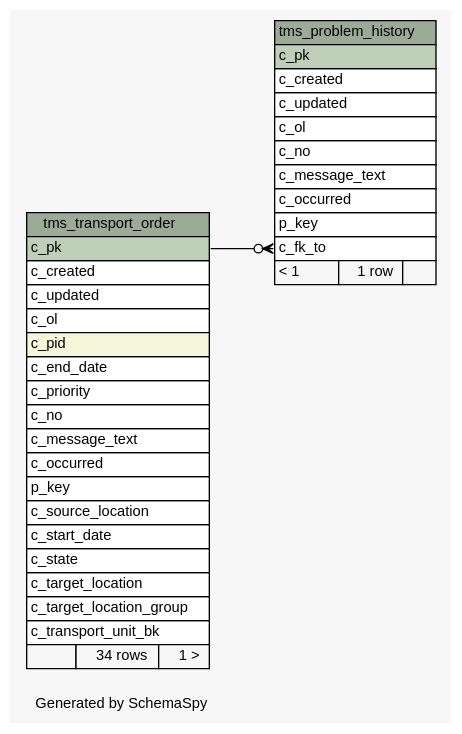
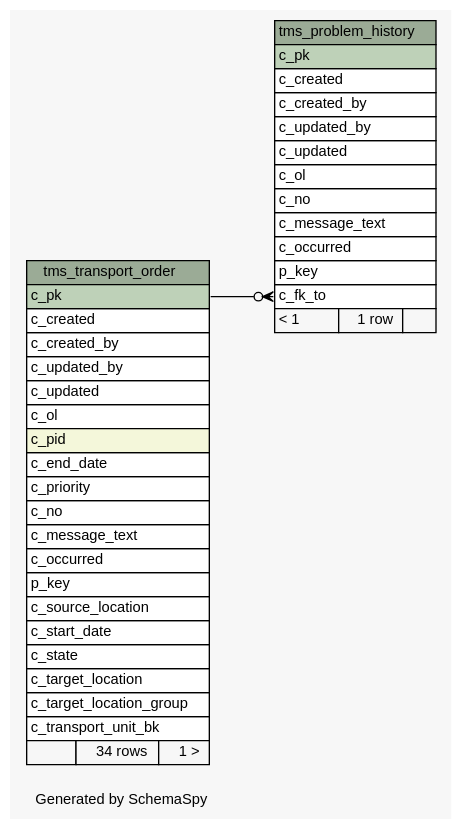
The diagram in 2.0.0-SNAPSHOT/schemaspy/diagrams/summary/relationships.real.large.dot (openwms/org.openwms.tms.transportation), drawn with Graphviz before and after one commit. The commit also changed 266 other files, not shown here.

```diff
--- a/2.0.0-SNAPSHOT/schemaspy/diagrams/summary/relationships.real.large.dot
+++ b/2.0.0-SNAPSHOT/schemaspy/diagrams/summary/relationships.real.large.dot
@@ -1,67 +1,71 @@
-// dot 2.43.0 on Linux 5.13.0-1022-azure
+// dot 2.43.0 on Linux 5.13.0-1023-azure
 // SchemaSpy rev Unknown
 digraph "largeRelationshipsDiagram" {
   graph [
     rankdir="RL"
     bgcolor="#f7f7f7"
     label="\nGenerated by SchemaSpy"
     labeljust="l"
     nodesep="0.18"
     ranksep="0.46"
     fontname="Helvetica"
     fontsize="11"
   ];
   node [
     fontname="Helvetica"
     fontsize="11"
     shape="plaintext"
   ];
   edge [
     arrowsize="0.8"
   ];
   "tms_problem_history" [
     label=<
     <TABLE BORDER="0" CELLBORDER="1" CELLSPACING="0" BGCOLOR="#ffffff">
       <TR><TD COLSPAN="3" BGCOLOR="#9bab96" ALIGN="CENTER">tms_problem_history</TD></TR>
       <TR><TD PORT="c_pk" COLSPAN="3" BGCOLOR="#bed1b8" ALIGN="LEFT">c_pk</TD></TR>
       <TR><TD PORT="c_created" COLSPAN="3" ALIGN="LEFT">c_created</TD></TR>
+      <TR><TD PORT="c_created_by" COLSPAN="3" ALIGN="LEFT">c_created_by</TD></TR>
+      <TR><TD PORT="c_updated_by" COLSPAN="3" ALIGN="LEFT">c_updated_by</TD></TR>
       <TR><TD PORT="c_updated" COLSPAN="3" ALIGN="LEFT">c_updated</TD></TR>
       <TR><TD PORT="c_ol" COLSPAN="3" ALIGN="LEFT">c_ol</TD></TR>
       <TR><TD PORT="c_no" COLSPAN="3" ALIGN="LEFT">c_no</TD></TR>
       <TR><TD PORT="c_message_text" COLSPAN="3" ALIGN="LEFT">c_message_text</TD></TR>
       <TR><TD PORT="c_occurred" COLSPAN="3" ALIGN="LEFT">c_occurred</TD></TR>
       <TR><TD PORT="p_key" COLSPAN="3" ALIGN="LEFT">p_key</TD></TR>
       <TR><TD PORT="c_fk_to" COLSPAN="3" ALIGN="LEFT">c_fk_to</TD></TR>
       <TR><TD ALIGN="LEFT" BGCOLOR="#f7f7f7">&lt; 1</TD><TD ALIGN="RIGHT" BGCOLOR="#f7f7f7">1 row</TD><TD ALIGN="RIGHT" BGCOLOR="#f7f7f7">  </TD></TR>
     </TABLE>>
     URL="tables/tms_problem_history.html"
     tooltip="tms_problem_history"
   ];
   "tms_transport_order" [
     label=<
     <TABLE BORDER="0" CELLBORDER="1" CELLSPACING="0" BGCOLOR="#ffffff">
       <TR><TD COLSPAN="3" BGCOLOR="#9bab96" ALIGN="CENTER">tms_transport_order</TD></TR>
       <TR><TD PORT="c_pk" COLSPAN="3" BGCOLOR="#bed1b8" ALIGN="LEFT">c_pk</TD></TR>
       <TR><TD PORT="c_created" COLSPAN="3" ALIGN="LEFT">c_created</TD></TR>
+      <TR><TD PORT="c_created_by" COLSPAN="3" ALIGN="LEFT">c_created_by</TD></TR>
+      <TR><TD PORT="c_updated_by" COLSPAN="3" ALIGN="LEFT">c_updated_by</TD></TR>
       <TR><TD PORT="c_updated" COLSPAN="3" ALIGN="LEFT">c_updated</TD></TR>
       <TR><TD PORT="c_ol" COLSPAN="3" ALIGN="LEFT">c_ol</TD></TR>
       <TR><TD PORT="c_pid" COLSPAN="3" BGCOLOR="#f4f7da" ALIGN="LEFT">c_pid</TD></TR>
       <TR><TD PORT="c_end_date" COLSPAN="3" ALIGN="LEFT">c_end_date</TD></TR>
       <TR><TD PORT="c_priority" COLSPAN="3" ALIGN="LEFT">c_priority</TD></TR>
       <TR><TD PORT="c_no" COLSPAN="3" ALIGN="LEFT">c_no</TD></TR>
       <TR><TD PORT="c_message_text" COLSPAN="3" ALIGN="LEFT">c_message_text</TD></TR>
       <TR><TD PORT="c_occurred" COLSPAN="3" ALIGN="LEFT">c_occurred</TD></TR>
       <TR><TD PORT="p_key" COLSPAN="3" ALIGN="LEFT">p_key</TD></TR>
       <TR><TD PORT="c_source_location" COLSPAN="3" ALIGN="LEFT">c_source_location</TD></TR>
       <TR><TD PORT="c_start_date" COLSPAN="3" ALIGN="LEFT">c_start_date</TD></TR>
       <TR><TD PORT="c_state" COLSPAN="3" ALIGN="LEFT">c_state</TD></TR>
       <TR><TD PORT="c_target_location" COLSPAN="3" ALIGN="LEFT">c_target_location</TD></TR>
       <TR><TD PORT="c_target_location_group" COLSPAN="3" ALIGN="LEFT">c_target_location_group</TD></TR>
       <TR><TD PORT="c_transport_unit_bk" COLSPAN="3" ALIGN="LEFT">c_transport_unit_bk</TD></TR>
       <TR><TD ALIGN="LEFT" BGCOLOR="#f7f7f7">  </TD><TD ALIGN="RIGHT" BGCOLOR="#f7f7f7">34 rows</TD><TD ALIGN="RIGHT" BGCOLOR="#f7f7f7">1 &gt;</TD></TR>
     </TABLE>>
     URL="tables/tms_transport_order.html"
     tooltip="tms_transport_order"
   ];
   "tms_problem_history":"c_fk_to":w -> "tms_transport_order":"c_pk":e [arrowhead=none dir=back arrowtail=crowodot];
 }
```
